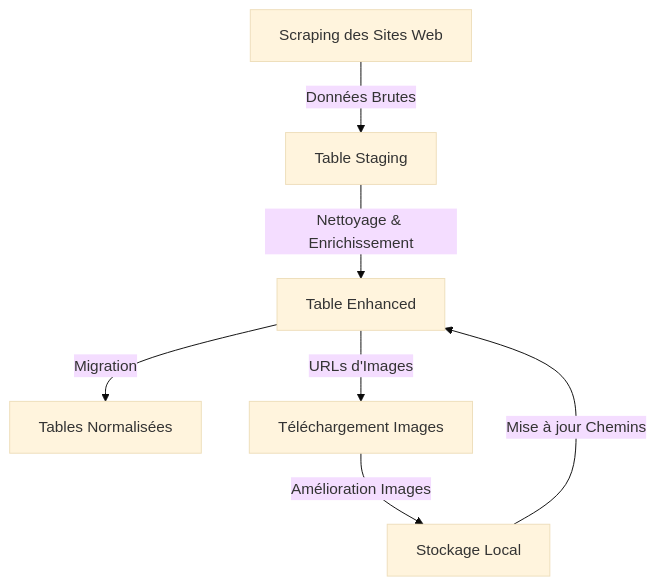
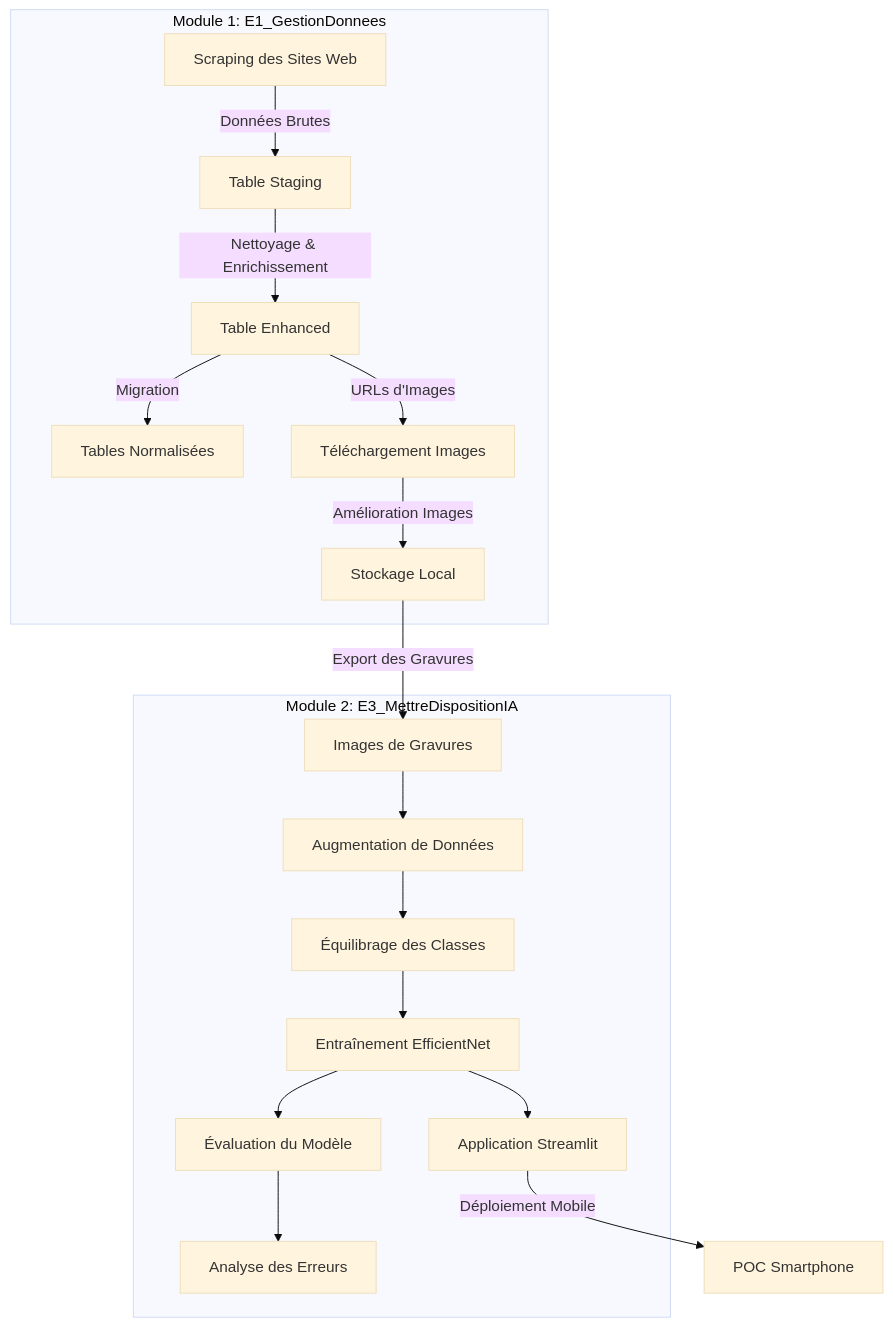
One commit to AntoineMLD/certification_DevIA changed the first of 3 diagrams in README.md. Above: the diagram before and after it, drawn with Mermaid (base theme). The commit also changed other lines of this file, not shown here.

````diff
--- a/README.md
+++ b/README.md
@@ -15,9 +18,22 @@
 ```mermaid
 graph TD
-    A[Scraping des Sites Web] -->|Données Brutes| B[Table Staging]
-    B -->|Nettoyage & Enrichissement| C[Table Enhanced]
-    C -->|Migration| D[Tables Normalisées]
-    C -->|URLs d'Images| E[Téléchargement Images]
-    E -->|Amélioration Images| F[Stockage Local]
-    F -->|Mise à jour Chemins| C
+    subgraph "Module 1: E1_GestionDonnees"
+        A1[Scraping des Sites Web] -->|Données Brutes| B1[Table Staging]
+        B1 -->|Nettoyage & Enrichissement| C1[Table Enhanced]
+        C1 -->|Migration| D1[Tables Normalisées]
+        C1 -->|URLs d'Images| E1[Téléchargement Images]
+        E1 -->|Amélioration Images| F1[Stockage Local]
+    end
+    
+    subgraph "Module 2: E3_MettreDispositionIA"
+        A2[Images de Gravures] --> B2[Augmentation de Données]
+        B2 --> C2[Équilibrage des Classes]
+        C2 --> D2[Entraînement EfficientNet]
+        D2 --> E2[Évaluation du Modèle]
+        E2 --> F2[Analyse des Erreurs]
+        D2 --> G2[Application Streamlit]
+    end
+    
+    F1 -->|Export des Gravures| A2
+    G2 -->|Déploiement Mobile| H[POC Smartphone]
 ```
````
